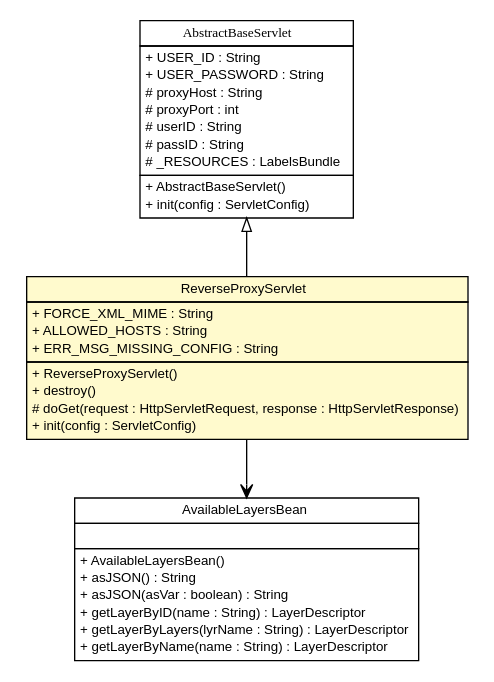
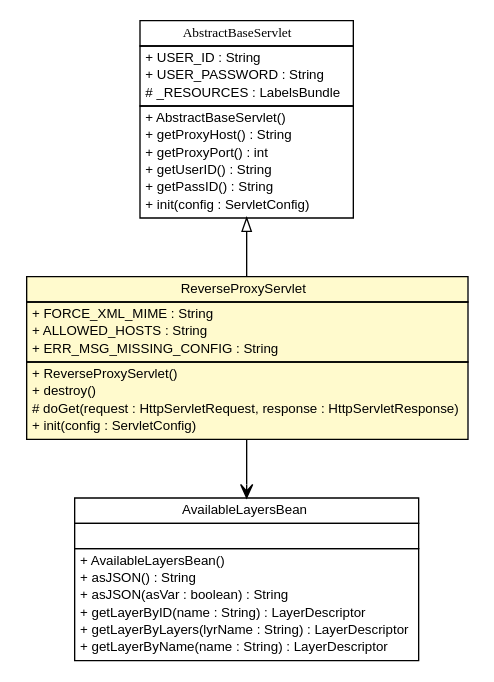
One commit to MinELenI/CBSviewer changed the diagram in apidocs/nl/mineleni/cbsviewer/servlet/ReverseProxyServlet.dot. Above: the diagram before and after it, drawn with Graphviz. The commit also changed 494 other files, not shown here.

```diff
--- a/apidocs/nl/mineleni/cbsviewer/servlet/ReverseProxyServlet.dot
+++ b/apidocs/nl/mineleni/cbsviewer/servlet/ReverseProxyServlet.dot
@@ -1,69 +1,69 @@
 #!/usr/local/bin/dot
 #
 # Class diagram 
 # Generated by UMLGraph version R5_6 (http://www.umlgraph.org/)
 #
 
 digraph G {
 	edge [fontname="arial",fontsize=10,labelfontname="arial",labelfontsize=10];
 	node [fontname="arial",fontsize=10,shape=plaintext];
 	nodesep=0.25;
 	ranksep=0.5;
 	// nl.mineleni.cbsviewer.servlet.ReverseProxyServlet
 	c5107 [label=<<table title="nl.mineleni.cbsviewer.servlet.ReverseProxyServlet" border="0" cellborder="1" cellspacing="0" cellpadding="2" port="p" bgcolor="lemonChiffon" href="./ReverseProxyServlet.html">
 		<tr><td><table border="0" cellspacing="0" cellpadding="1">
 <tr><td align="center" balign="center"> ReverseProxyServlet </td></tr>
 		</table></td></tr>
 		<tr><td><table border="0" cellspacing="0" cellpadding="1">
 <tr><td align="left" balign="left"> + FORCE_XML_MIME : String </td></tr>
 <tr><td align="left" balign="left"> + ALLOWED_HOSTS : String </td></tr>
 <tr><td align="left" balign="left"> + ERR_MSG_MISSING_CONFIG : String </td></tr>
 		</table></td></tr>
 		<tr><td><table border="0" cellspacing="0" cellpadding="1">
 <tr><td align="left" balign="left"> + ReverseProxyServlet() </td></tr>
 <tr><td align="left" balign="left"> + destroy() </td></tr>
 <tr><td align="left" balign="left"> # doGet(request : HttpServletRequest, response : HttpServletResponse) </td></tr>
 <tr><td align="left" balign="left"> + init(config : ServletConfig) </td></tr>
 		</table></td></tr>
 		</table>>, URL="./ReverseProxyServlet.html", fontname="arial", fontcolor="black", fontsize=10.0];
 	// nl.mineleni.cbsviewer.servlet.AbstractBaseServlet
 	c5110 [label=<<table title="nl.mineleni.cbsviewer.servlet.AbstractBaseServlet" border="0" cellborder="1" cellspacing="0" cellpadding="2" port="p" href="./AbstractBaseServlet.html">
 		<tr><td><table border="0" cellspacing="0" cellpadding="1">
 <tr><td align="center" balign="center"><font face="arial italic"> AbstractBaseServlet </font></td></tr>
 		</table></td></tr>
 		<tr><td><table border="0" cellspacing="0" cellpadding="1">
 <tr><td align="left" balign="left"> + USER_ID : String </td></tr>
 <tr><td align="left" balign="left"> + USER_PASSWORD : String </td></tr>
-<tr><td align="left" balign="left"> # proxyHost : String </td></tr>
-<tr><td align="left" balign="left"> # proxyPort : int </td></tr>
-<tr><td align="left" balign="left"> # userID : String </td></tr>
-<tr><td align="left" balign="left"> # passID : String </td></tr>
 <tr><td align="left" balign="left"> # _RESOURCES : LabelsBundle </td></tr>
 		</table></td></tr>
 		<tr><td><table border="0" cellspacing="0" cellpadding="1">
 <tr><td align="left" balign="left"> + AbstractBaseServlet() </td></tr>
+<tr><td align="left" balign="left"> + getProxyHost() : String </td></tr>
+<tr><td align="left" balign="left"> + getProxyPort() : int </td></tr>
+<tr><td align="left" balign="left"> + getUserID() : String </td></tr>
+<tr><td align="left" balign="left"> + getPassID() : String </td></tr>
 <tr><td align="left" balign="left"> + init(config : ServletConfig) </td></tr>
 		</table></td></tr>
 		</table>>, URL="./AbstractBaseServlet.html", fontname="arial", fontcolor="black", fontsize=10.0];
 	// nl.mineleni.cbsviewer.util.AvailableLayersBean
 	c5132 [label=<<table title="nl.mineleni.cbsviewer.util.AvailableLayersBean" border="0" cellborder="1" cellspacing="0" cellpadding="2" port="p" href="../util/AvailableLayersBean.html">
 		<tr><td><table border="0" cellspacing="0" cellpadding="1">
 <tr><td align="center" balign="center"> AvailableLayersBean </td></tr>
 		</table></td></tr>
 		<tr><td><table border="0" cellspacing="0" cellpadding="1">
 <tr><td align="left" balign="left">  </td></tr>
 		</table></td></tr>
 		<tr><td><table border="0" cellspacing="0" cellpadding="1">
 <tr><td align="left" balign="left"> + AvailableLayersBean() </td></tr>
 <tr><td align="left" balign="left"> + asJSON() : String </td></tr>
 <tr><td align="left" balign="left"> + asJSON(asVar : boolean) : String </td></tr>
 <tr><td align="left" balign="left"> + getLayerByID(name : String) : LayerDescriptor </td></tr>
 <tr><td align="left" balign="left"> + getLayerByLayers(lyrName : String) : LayerDescriptor </td></tr>
 <tr><td align="left" balign="left"> + getLayerByName(name : String) : LayerDescriptor </td></tr>
 		</table></td></tr>
 		</table>>, URL="../util/AvailableLayersBean.html", fontname="arial", fontcolor="black", fontsize=10.0];
 	//nl.mineleni.cbsviewer.servlet.ReverseProxyServlet extends nl.mineleni.cbsviewer.servlet.AbstractBaseServlet
 	c5110:p -> c5107:p [dir=back,arrowtail=empty];
 	// nl.mineleni.cbsviewer.servlet.ReverseProxyServlet NAVASSOC nl.mineleni.cbsviewer.util.AvailableLayersBean
 	c5107:p -> c5132:p [taillabel="", label="", headlabel="", fontname="arial", fontcolor="black", fontsize=10.0, color="black", arrowhead=open];
 }
```
